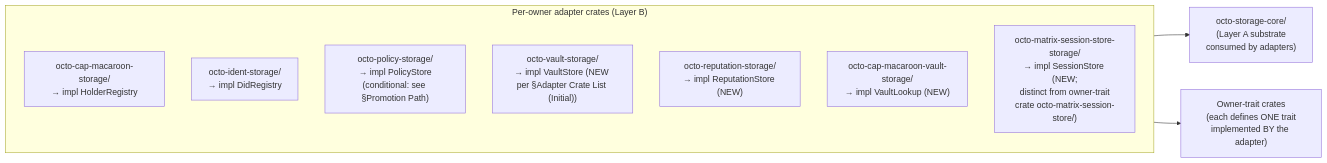
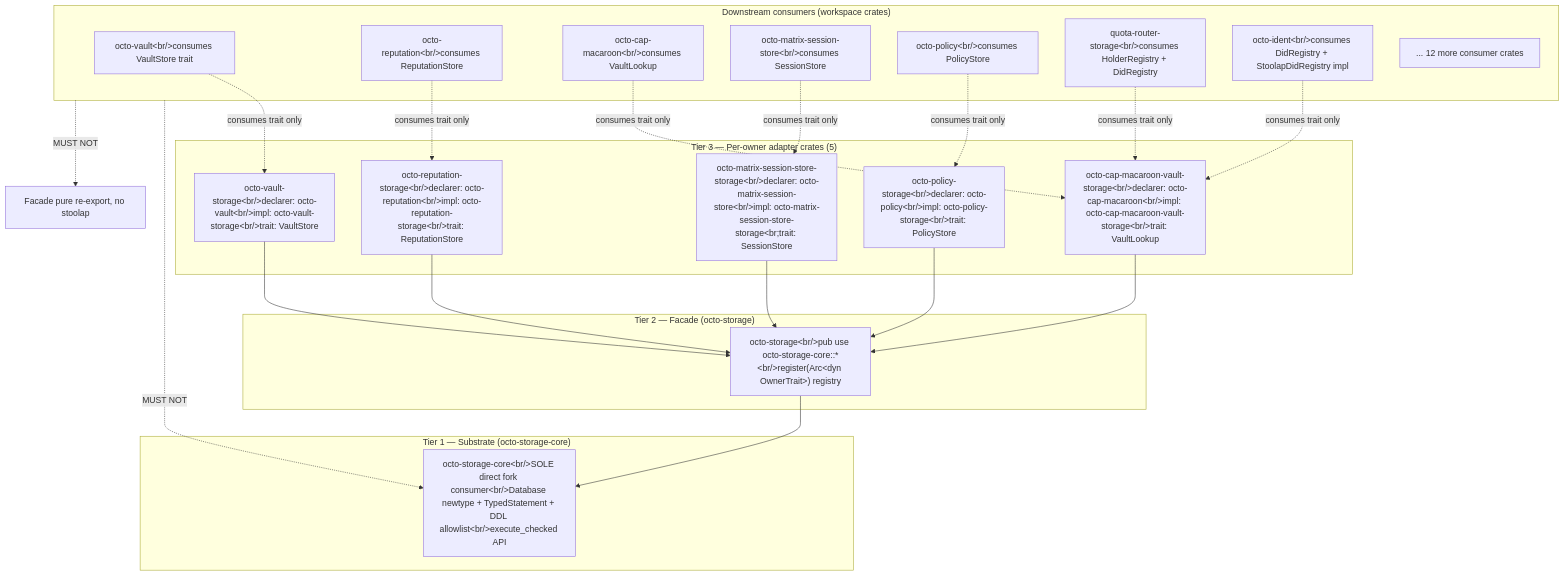
One commit to CipherOcto/cipherocto changed the diagram in rfcs/draft/storage/0206-octo-storage-split.md. Above: the diagram before and after it, drawn with Mermaid. The commit also changed other lines of this file, not shown here.

First line of the commit message:
feat(0206-rfc): v2.0 wholesale rewrite per R9 structural triggers

````diff
--- a/rfcs/draft/storage/0206-octo-storage-split.md
+++ b/rfcs/draft/storage/0206-octo-storage-split.md
@@ -97,14 +31,45 @@
 ```mermaid
-graph LR
-    subgraph AdapterCrates["Per-owner adapter crates (Layer B)"]
-        CMS["octo-cap-macaroon-storage/<br/>→ impl HolderRegistry"]
-        IDS["octo-ident-storage/<br/>→ impl DidRegistry"]
-        PSS["octo-policy-storage/<br/>→ impl PolicyStore<br/>(conditional: see §Promotion Path)"]
-        VSS["octo-vault-storage/<br/>→ impl VaultStore (NEW per §Adapter Crate List (Initial))"]
-        RSS["octo-reputation-storage/<br/>→ impl ReputationStore (NEW)"]
-        CVS["octo-cap-macaroon-vault-storage/<br/>→ impl VaultLookup (NEW)"]
-        MSS["octo-matrix-session-store-storage/<br/>→ impl SessionStore (NEW;<br/>distinct from owner-trait<br/>crate octo-matrix-session-store/)"]
-    end
-    AdapterCrates --> Core["octo-storage-core/<br/>(Layer A substrate<br/>consumed by adapters)"]
-    AdapterCrates --> OwnerTraits["Owner-trait crates<br/>(each defines ONE trait<br/>implemented BY the adapter)"]
+graph TD
+  subgraph Tier1["Tier 1 — Substrate (octo-storage-core)"]
+    Core["octo-storage-core&lt;br/&gt;SOLE direct fork consumer&lt;br/&gt;Database newtype + TypedStatement + DDL allowlist&lt;br/&gt;execute_checked API"]
+  end
+  subgraph Tier2["Tier 2 — Facade (octo-storage)"]
+    Facade["octo-storage&lt;br/&gt;pub use octo-storage-core::*&lt;br/&gt;register(Arc&lt;dyn OwnerTrait&gt;) registry"]
+  end
+  subgraph Tier3["Tier 3 — Per-owner adapter crates (5)"]
+    A1["octo-vault-storage&lt;br/&gt;declarer: octo-vault&lt;br/&gt;impl: octo-vault-storage&lt;br/&gt;trait: VaultStore"]
+    A2["octo-reputation-storage&lt;br/&gt;declarer: octo-reputation&lt;br/&gt;impl: octo-reputation-storage&lt;br/&gt;trait: ReputationStore"]
+    A3["octo-cap-macaroon-vault-storage&lt;br/&gt;declarer: octo-cap-macaroon&lt;br/&gt;impl: octo-cap-macaroon-vault-storage&lt;br/&gt;trait: VaultLookup"]
+    A4["octo-matrix-session-store-storage&lt;br/&gt;declarer: octo-matrix-session-store&lt;br/&gt;impl: octo-matrix-session-store-storage&lt;br;trait: SessionStore"]
+    A5["octo-policy-storage&lt;br/&gt;declarer: octo-policy&lt;br/&gt;impl: octo-policy-storage&lt;br/&gt;trait: PolicyStore"]
+  end
+  subgraph Consumers["Downstream consumers (workspace crates)"]
+    C1["octo-vault&lt;br/&gt;consumes VaultStore trait"]
+    C2["octo-reputation&lt;br/&gt;consumes ReputationStore"]
+    C3["octo-cap-macaroon&lt;br/&gt;consumes VaultLookup"]
+    C4["octo-matrix-session-store&lt;br/&gt;consumes SessionStore"]
+    C5["octo-policy&lt;br/&gt;consumes PolicyStore"]
+    C6["quota-router-storage&lt;br/&gt;consumes HolderRegistry + DidRegistry"]
+    C7["octo-ident&lt;br/&gt;consumes DidRegistry + StoolapDidRegistry impl"]
+    C8["... 12 more consumer crates"]
+  end
+
+  Facade --> Core
+  A1 --> Facade
+  A2 --> Facade
+  A3 --> Facade
+  A4 --> Facade
+  A5 --> Facade
+
+  C1 -. consumes trait only .-> A1
+  C2 -. consumes trait only .-> A2
+  C3 -. consumes trait only .-> A3
+  C4 -. consumes trait only .-> A4
+  C5 -. consumes trait only .-> A5
+  C6 -. consumes trait only .-> A3
+  C7 -. consumes trait only .-> A3
+
+  Consumers -. MUST NOT .-> Core
+  Consumers -. MUST NOT .-> Facade_stoolap
+  Facade_stoolap[Facade pure re-export, no stoolap]
 ```
````
